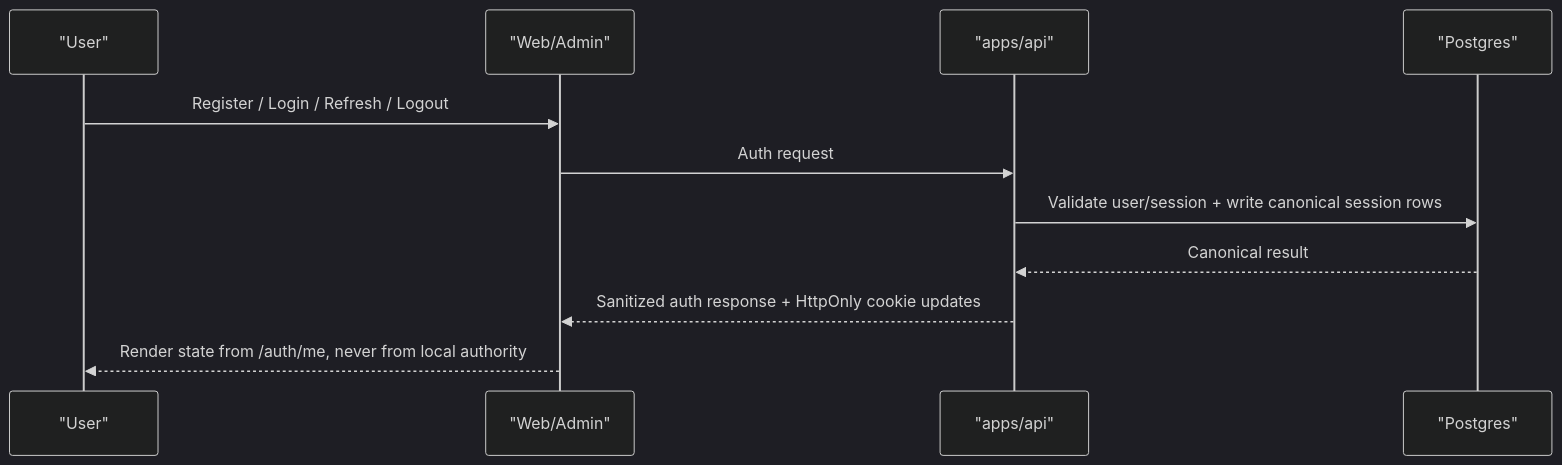
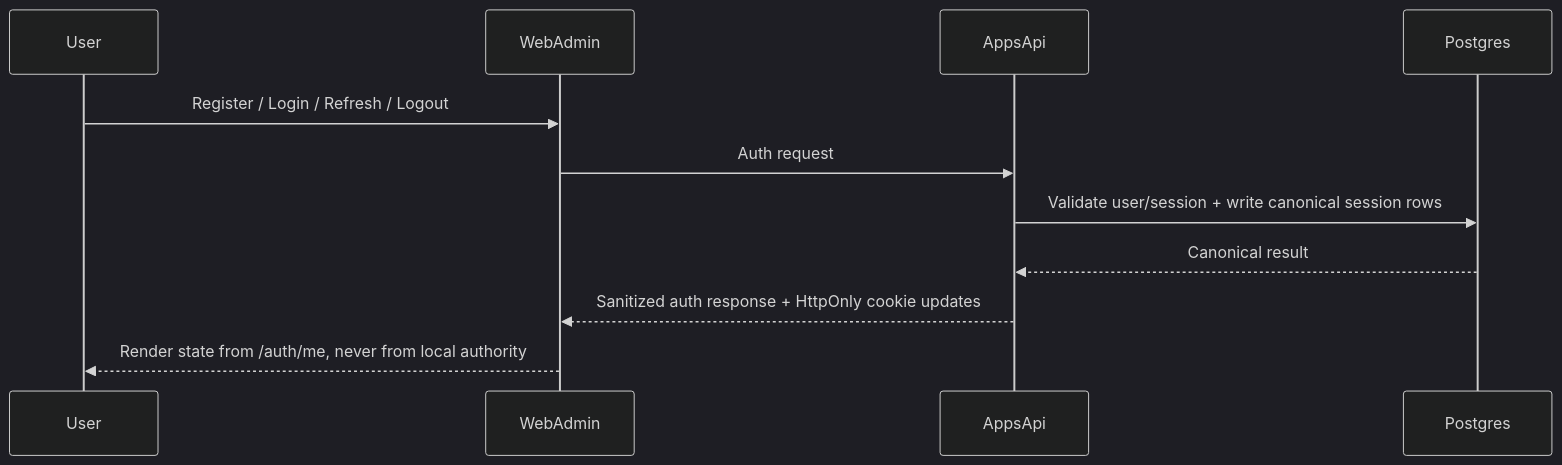
The diagram in design/02-platform-baseline/security-runtime/AUTH_SESSION_FLOW.md (QuyenVjp/PMTL_VN), drawn with Mermaid (dark theme) before and after one commit. The commit also changed 7 other files, not shown here.

````diff
--- a/design/02-platform-baseline/security-runtime/AUTH_SESSION_FLOW.md
+++ b/design/02-platform-baseline/security-runtime/AUTH_SESSION_FLOW.md
@@ -14,14 +14,14 @@
 ```mermaid
 sequenceDiagram
-    participant U as "User"
-    participant W as "Web/Admin"
-    participant A as "apps/api"
-    participant DB as "Postgres"
+    participant U as User
+    participant W as WebAdmin
+    participant A as AppsApi
+    participant DB as Postgres
 
     U->>W: Register / Login / Refresh / Logout
     W->>A: Auth request
     A->>DB: Validate user/session + write canonical session rows
     DB-->>A: Canonical result
     A-->>W: Sanitized auth response + HttpOnly cookie updates
     W-->>U: Render state from /auth/me, never from local authority
 ```
````
